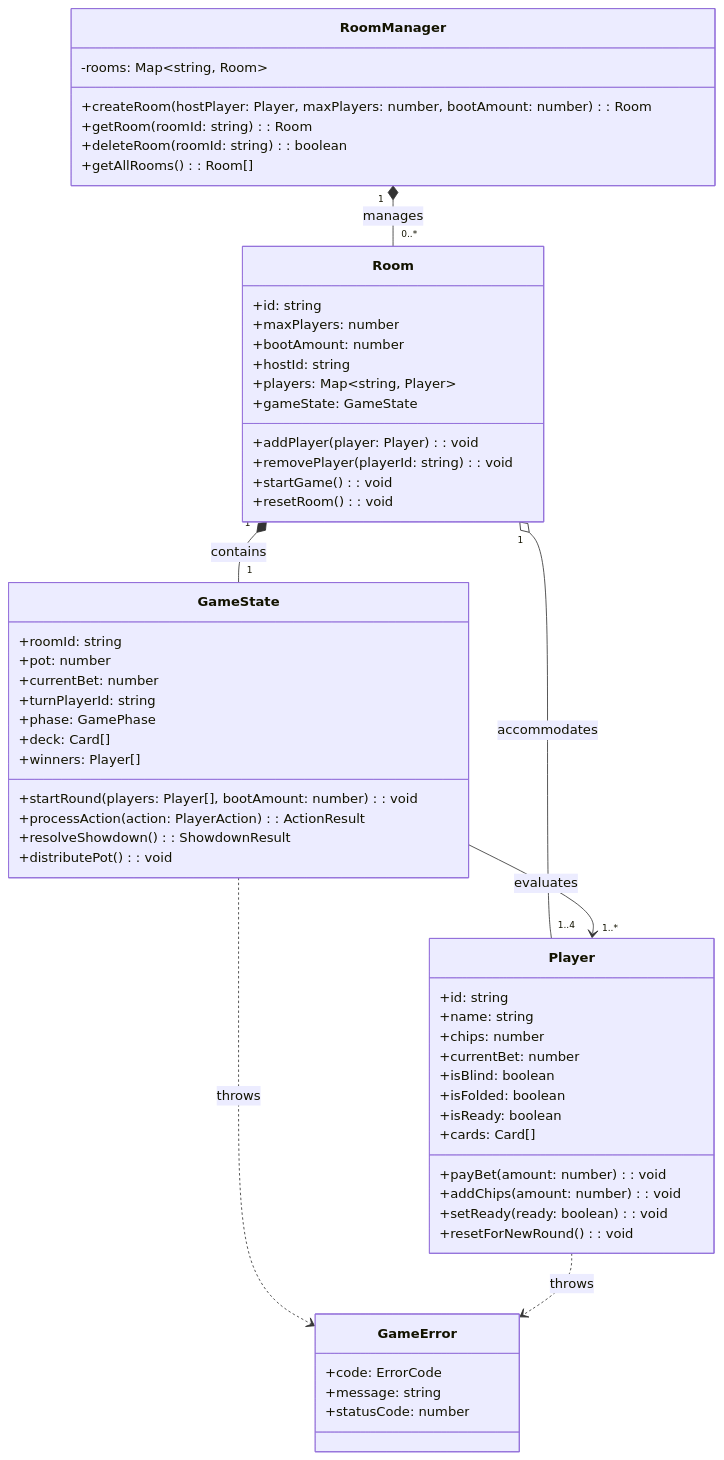
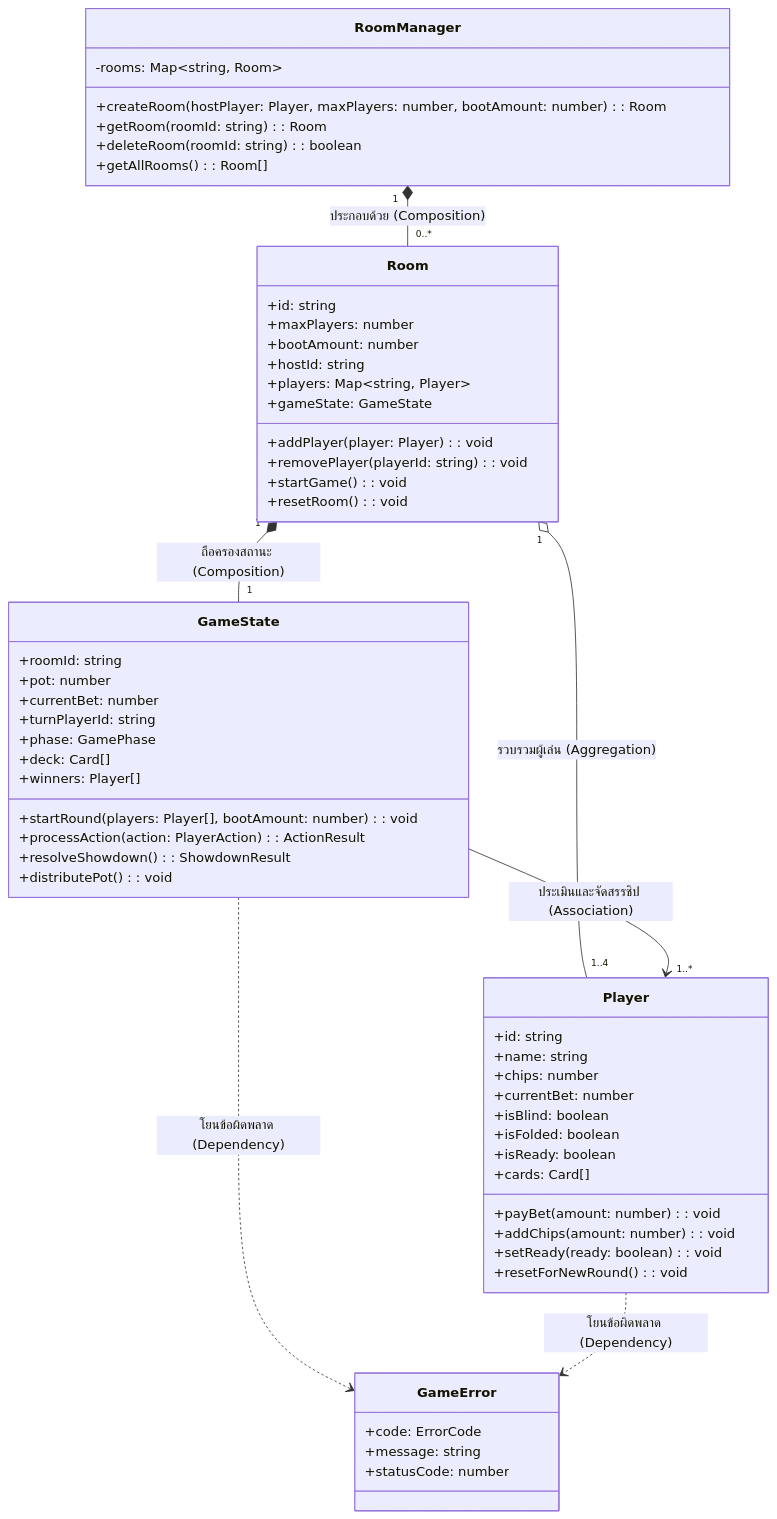
One commit to PhaBie/Indian-Poker-Online-Console-Game- changed the first of 2 diagrams in 03-Documentation/docs/class_diagrams.md. Above: the diagram before and after it, drawn with Mermaid. The commit also changed other lines of this file, not shown here.

Commit message:
docs: เพิ่มคำอธิบายหน้าที่ของคลาสและความสัมพันธ์เชิงสถาปัตยกรรมใน class_diagrams.md

````diff
--- a/03-Documentation/docs/class_diagrams.md
+++ b/03-Documentation/docs/class_diagrams.md
@@ -11,65 +11,67 @@
 ```mermaid
 classDiagram
+    direction TB
+
     class RoomManager {
         -rooms: Map~string, Room~
         +createRoom(hostPlayer: Player, maxPlayers: number, bootAmount: number): Room
         +getRoom(roomId: string): Room
         +deleteRoom(roomId: string): boolean
         +getAllRooms(): Room[]
     }
 
     class Room {
         +id: string
         +maxPlayers: number
         +bootAmount: number
         +hostId: string
         +players: Map~string, Player~
         +gameState: GameState
         +addPlayer(player: Player): void
         +removePlayer(playerId: string): void
         +startGame(): void
         +resetRoom(): void
     }
 
     class Player {
         +id: string
         +name: string
         +chips: number
         +currentBet: number
         +isBlind: boolean
         +isFolded: boolean
         +isReady: boolean
         +cards: Card[]
         +payBet(amount: number): void
         +addChips(amount: number): void
         +setReady(ready: boolean): void
         +resetForNewRound(): void
     }
 
     class GameState {
         +roomId: string
         +pot: number
         +currentBet: number
         +turnPlayerId: string
         +phase: GamePhase
         +deck: Card[]
         +winners: Player[]
         +startRound(players: Player[], bootAmount: number): void
         +processAction(action: PlayerAction): ActionResult
         +resolveShowdown(): ShowdownResult
         +distributePot(): void
     }
 
     class GameError {
         +code: ErrorCode
         +message: string
         +statusCode: number
     }
 
-    RoomManager "1" *-- "0..*" Room : manages
-    Room "1" *-- "1" GameState : contains
-    Room "1" o-- "1..4" Player : accommodates
-    GameState --> "1..*" Player : evaluates
-    GameState ..> GameError : throws
-    Player ..> GameError : throws
+    RoomManager "1" *-- "0..*" Room : ประกอบด้วย (Composition)
+    Room "1" *-- "1" GameState : ถือครองสถานะ (Composition)
+    Room "1" o-- "1..4" Player : รวบรวมผู้เล่น (Aggregation)
+    GameState --> "1..*" Player : ประเมินและจัดสรรชิป (Association)
+    GameState ..> GameError : โยนข้อผิดพลาด (Dependency)
+    Player ..> GameError : โยนข้อผิดพลาด (Dependency)
 ```
````
